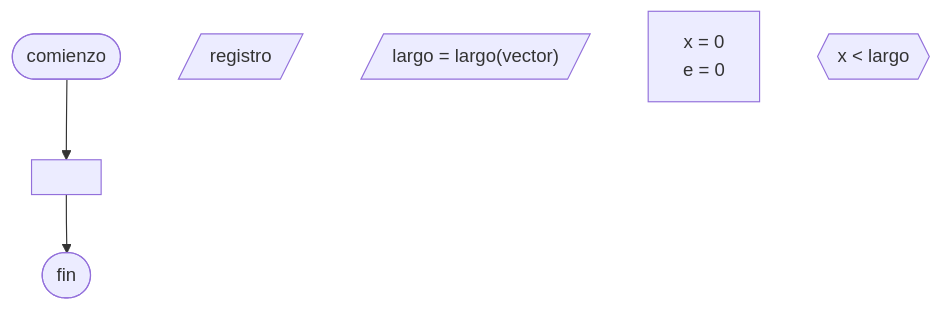
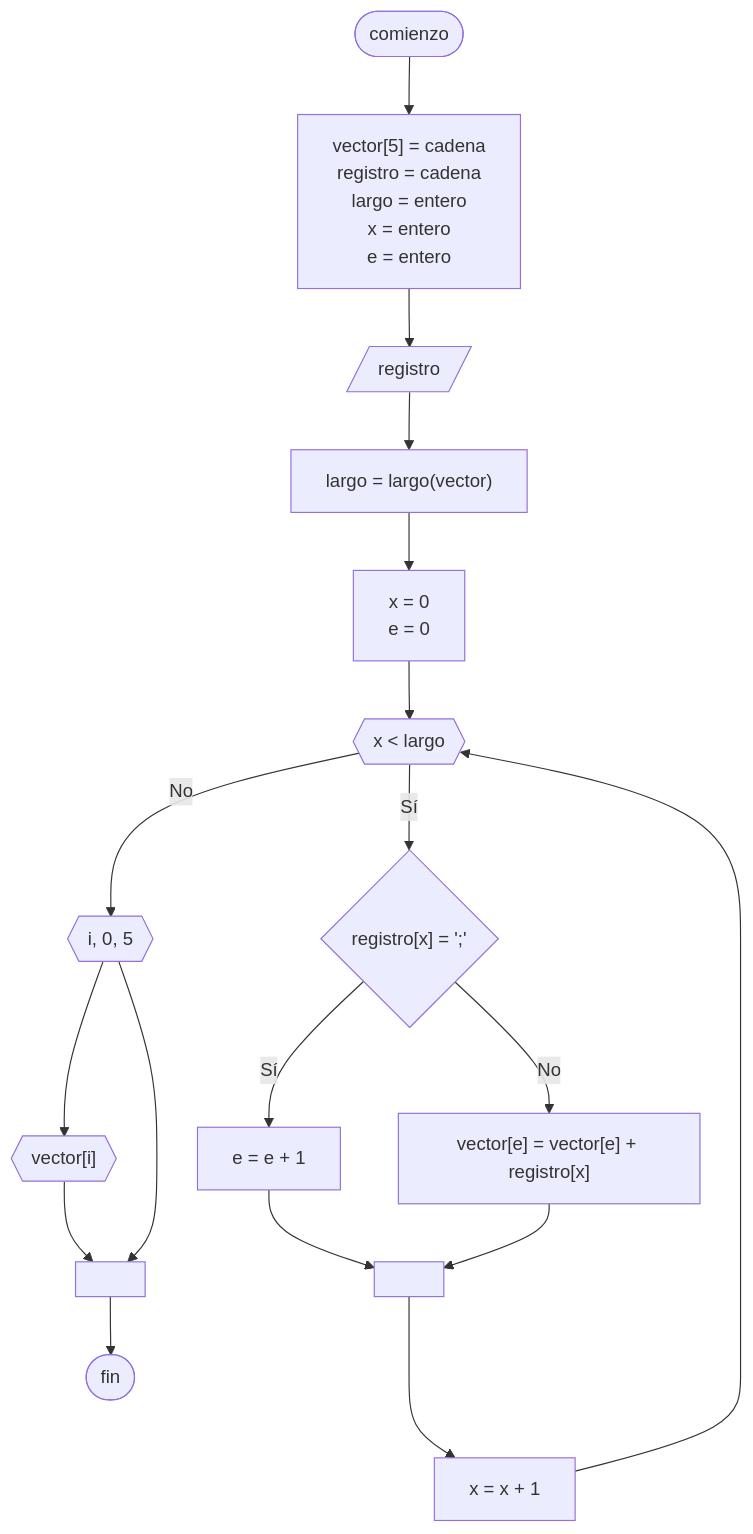
One commit to martinstanicio/ingenieria-en-sistemas changed the diagram in Algoritmos y Estructuras de Datos/Actividades/20240820 - Apellidos.md. Above: the diagram before and after it, drawn with Mermaid. The commit also changed other lines of this file and 8 other files, not shown here.

````diff
--- a/Algoritmos y Estructuras de Datos/Actividades/20240820 - Apellidos.md
+++ b/Algoritmos y Estructuras de Datos/Actividades/20240820 - Apellidos.md
@@ -11,18 +11,42 @@
 ```mermaid
 flowchart TB
 	comienzo([comienzo])
     
-	variables["`
+	variables["`vector[5] = cadena
+	registro = cadena
+	largo = entero
+	x = entero
+	e = entero
 	`"]
 	
 	registro[/registro/]
-	largo[/"largo = largo(vector)"/]
+	largo["largo = largo(vector)"]
 	inicializar["`x = 0
 	e = 0`"]
 	
 	while{{"x < largo"}}
+	if{"registro[x] = ';'"}
+	e["e = e + 1"]
+	concatenar["vector[e] = vector[e] + registro[x]"]
+	
+	x["x = x + 1"]
+	
+	for{{"i, 0, 5"}}
+	
+	mostrar{{"vector[i]"}}
     
     fin([fin])
     
-	comienzo --> variables --> fin
+    a[" "]
+    b[" "]
+    
+	comienzo --> variables --> registro --> largo --> inicializar --> while
+	while -- Sí --> if
+	while -- No --> for
+	if -- Sí --> e --> a
+	if -- No --> concatenar --> a
+	a ---> x ---> while
+	for --> mostrar --> b
+	for --> b
+	b --> fin
 ```
````
